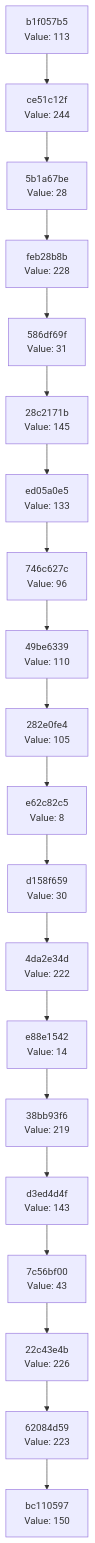
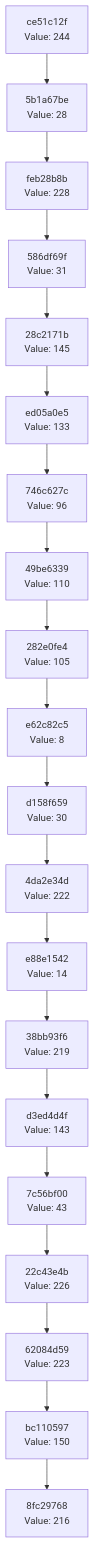
One commit to Abhisheksinha1506/hash-chain-evolver changed the diagram in docs/CHAIN_VISUALIZATION.md. Above: the diagram before and after it, drawn with Mermaid. The commit also changed 3 other files, not shown here.

````diff
--- a/docs/CHAIN_VISUALIZATION.md
+++ b/docs/CHAIN_VISUALIZATION.md
@@ -3,42 +3,42 @@
 ```mermaid
 graph TD
-    C0["bc110597<br/>Value: 150"]
-    C1["62084d59<br/>Value: 223"]
+    C0["8fc29768<br/>Value: 216"]
+    C1["bc110597<br/>Value: 150"]
     C1 --> C0
-    C2["22c43e4b<br/>Value: 226"]
+    C2["62084d59<br/>Value: 223"]
     C2 --> C1
-    C3["7c56bf00<br/>Value: 43"]
+    C3["22c43e4b<br/>Value: 226"]
     C3 --> C2
-    C4["d3ed4d4f<br/>Value: 143"]
+    C4["7c56bf00<br/>Value: 43"]
     C4 --> C3
-    C5["38bb93f6<br/>Value: 219"]
+    C5["d3ed4d4f<br/>Value: 143"]
     C5 --> C4
-    C6["e88e1542<br/>Value: 14"]
+    C6["38bb93f6<br/>Value: 219"]
     C6 --> C5
-    C7["4da2e34d<br/>Value: 222"]
+    C7["e88e1542<br/>Value: 14"]
     C7 --> C6
-    C8["d158f659<br/>Value: 30"]
+    C8["4da2e34d<br/>Value: 222"]
     C8 --> C7
-    C9["e62c82c5<br/>Value: 8"]
+    C9["d158f659<br/>Value: 30"]
     C9 --> C8
-    C10["282e0fe4<br/>Value: 105"]
+    C10["e62c82c5<br/>Value: 8"]
     C10 --> C9
-    C11["49be6339<br/>Value: 110"]
+    C11["282e0fe4<br/>Value: 105"]
     C11 --> C10
-    C12["746c627c<br/>Value: 96"]
+    C12["49be6339<br/>Value: 110"]
     C12 --> C11
-    C13["ed05a0e5<br/>Value: 133"]
+    C13["746c627c<br/>Value: 96"]
     C13 --> C12
-    C14["28c2171b<br/>Value: 145"]
+    C14["ed05a0e5<br/>Value: 133"]
     C14 --> C13
-    C15["586df69f<br/>Value: 31"]
+    C15["28c2171b<br/>Value: 145"]
     C15 --> C14
-    C16["feb28b8b<br/>Value: 228"]
+    C16["586df69f<br/>Value: 31"]
     C16 --> C15
-    C17["5b1a67be<br/>Value: 28"]
+    C17["feb28b8b<br/>Value: 228"]
     C17 --> C16
-    C18["ce51c12f<br/>Value: 244"]
+    C18["5b1a67be<br/>Value: 28"]
     C18 --> C17
-    C19["b1f057b5<br/>Value: 113"]
+    C19["ce51c12f<br/>Value: 244"]
     C19 --> C18
 ```
````
